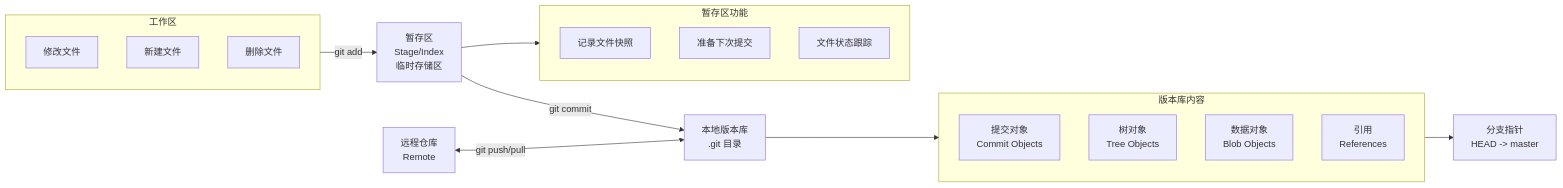
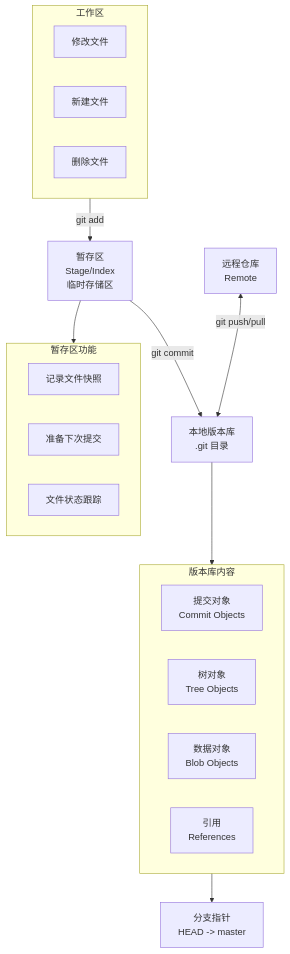
The second of 4 diagrams in Git.md (SumC37/Learn_Tools), drawn with Mermaid before and after one commit. The commit also changed other lines of this file and 1 other file, not shown here.

````diff
--- a/Git.md
+++ b/Git.md
@@ -46,33 +46,33 @@
 ```mermaid
-flowchart LR
+flowchart TD
     subgraph A [工作区]
         A1[修改文件]
         A2[新建文件]
         A3[删除文件]
     end
     
     A -- git add --> B[暂存区<br>Stage/Index<br>临时存储区]
     
     subgraph B_Details [暂存区功能]
         B1[记录文件快照]
         B2[准备下次提交]
         B3[文件状态跟踪]
     end
     
     B --> B_Details
     
     B -- git commit --> C[本地版本库<br>.git 目录]
     
     subgraph C_Details [版本库内容]
         C1[提交对象<br>Commit Objects]
         C2[树对象<br>Tree Objects]
         C3[数据对象<br>Blob Objects]
         C4[引用<br>References]
     end
     
     C --> C_Details
     
     C_Details --> D[分支指针<br>HEAD -> master]
     
     E[远程仓库<br>Remote] <-- git push/pull --> C
 ```
````
